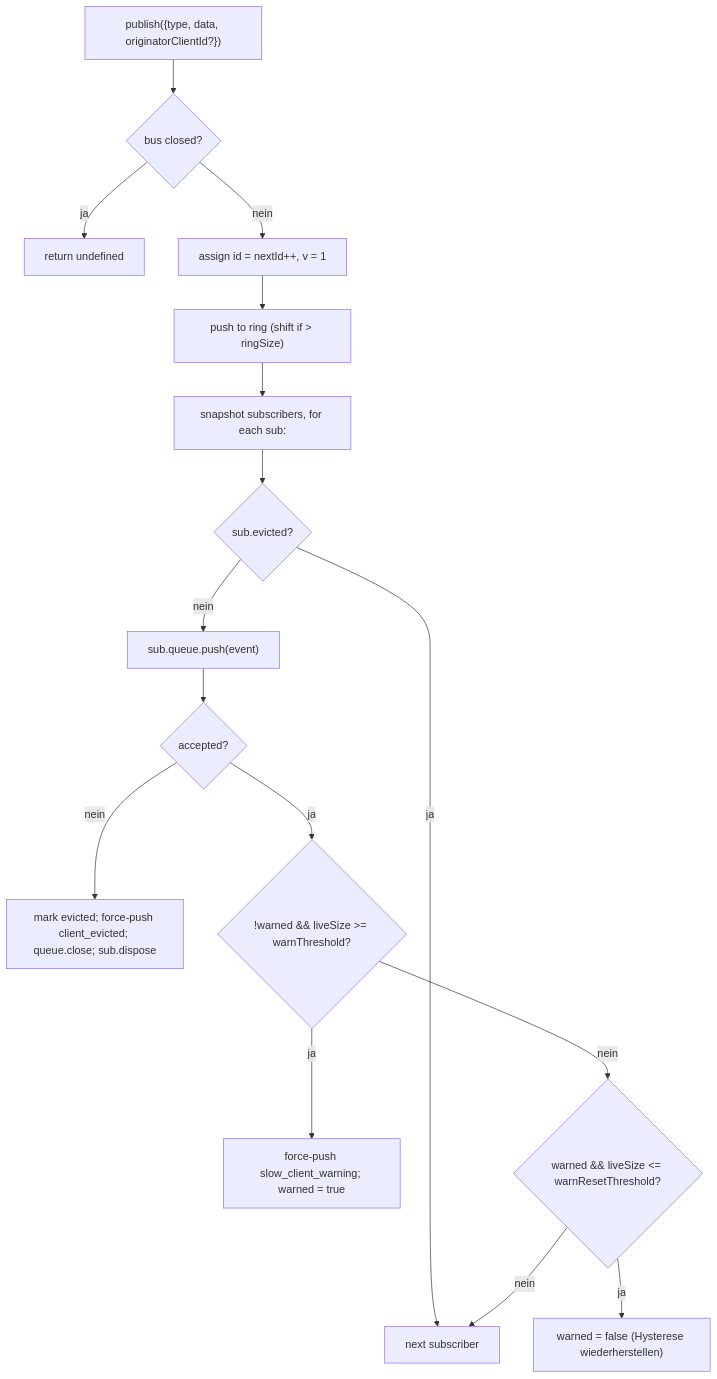
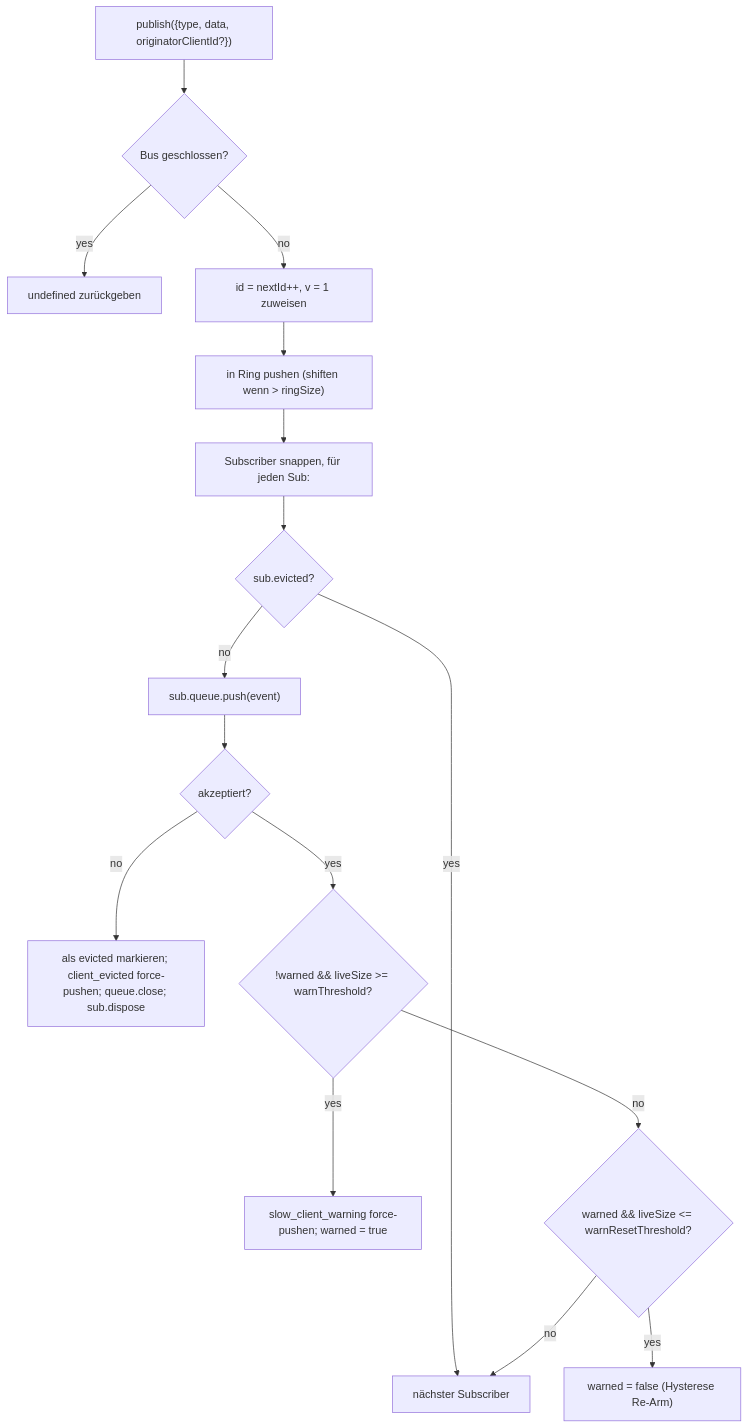
Before and after one commit to QwenLM/qwen-code-docs: the first of 2 diagrams in website/content/de/developers/daemon/10-event-bus.md, drawn with Mermaid. The commit also changed other lines of this file and 162 other files, not shown here.

````diff
--- a/website/content/de/developers/daemon/10-event-bus.md
+++ b/website/content/de/developers/daemon/10-event-bus.md
@@ -69,18 +70,18 @@
 ```mermaid
 flowchart TD
-    P["publish({type, data, originatorClientId?})"] --> C{"bus closed?"}
-    C -->|ja| RU["return undefined"]
-    C -->|nein| AID["assign id = nextId++, v = 1"]
-    AID --> PR["push to ring (shift if > ringSize)"]
-    PR --> FAN["snapshot subscribers, for each sub:"]
+    P["publish({type, data, originatorClientId?})"] --> C{"Bus geschlossen?"}
+    C -->|yes| RU["undefined zurückgeben"]
+    C -->|no| AID["id = nextId++, v = 1 zuweisen"]
+    AID --> PR["in Ring pushen (shiften wenn > ringSize)"]
+    PR --> FAN["Subscriber snappen, für jeden Sub:"]
     FAN --> EVCK{"sub.evicted?"}
-    EVCK -->|ja| NEXT[next subscriber]
-    EVCK -->|nein| PUSH["sub.queue.push(event)"]
-    PUSH --> OK{"accepted?"}
-    OK -->|nein| EVICT["mark evicted; force-push client_evicted; queue.close; sub.dispose"]
-    OK -->|ja| WARN{"!warned && liveSize >= warnThreshold?"}
-    WARN -->|ja| FW["force-push slow_client_warning; warned = true"]
-    WARN -->|nein| RES{"warned && liveSize <= warnResetThreshold?"}
-    RES -->|ja| RA["warned = false (Hysterese wiederherstellen)"]
-    RES -->|nein| NEXT
+    EVCK -->|yes| NEXT[nächster Subscriber]
+    EVCK -->|no| PUSH["sub.queue.push(event)"]
+    PUSH --> OK{"akzeptiert?"}
+    OK -->|no| EVICT["als evicted markieren; client_evicted force-pushen; queue.close; sub.dispose"]
+    OK -->|yes| WARN{"!warned && liveSize >= warnThreshold?"}
+    WARN -->|yes| FW["slow_client_warning force-pushen; warned = true"]
+    WARN -->|no| RES{"warned && liveSize <= warnResetThreshold?"}
+    RES -->|yes| RA["warned = false (Hysterese Re-Arm)"]
+    RES -->|no| NEXT
 ```
````
